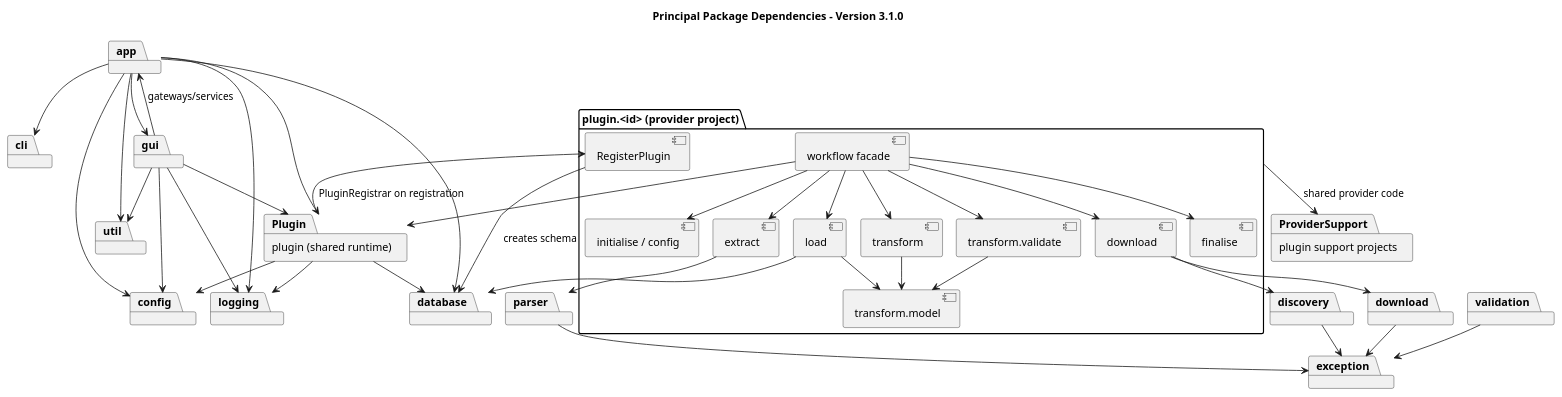
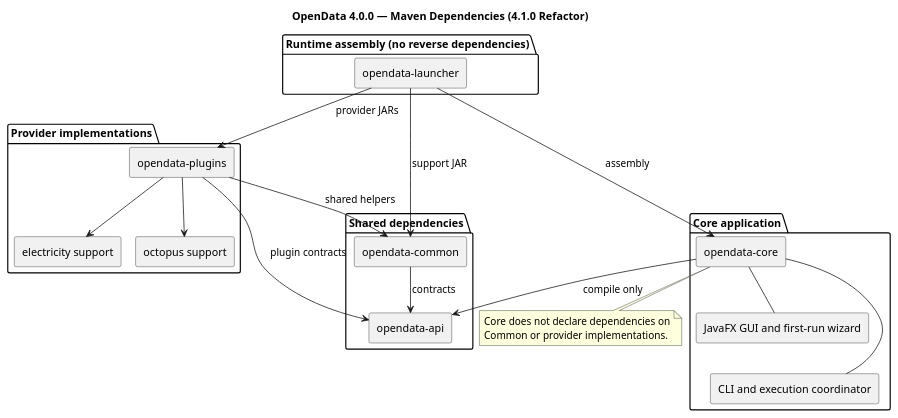
Before and after one commit to TerryCurranZellis/OpenData: the diagram in docs/diagrams/source/package-dependencies.puml, drawn with PlantUML. The commit also changed 1 other file, not shown here.

Commit message:
docs: refresh PlantUML architecture diagrams for 4.0 setup and 4.1 module boundaries

```diff
--- a/docs/diagrams/source/package-dependencies.puml
+++ b/docs/diagrams/source/package-dependencies.puml
@@ -1,72 +1,40 @@
 @startuml
 !pragma layout smetana
-title Principal Package Dependencies - Version 3.1.0
+title OpenData 4.0.0 — Maven Dependencies (4.1.0 Refactor)
+skinparam componentStyle rectangle
 top to bottom direction
 
-package app
-package cli
-package gui
-package config
-package "plugin (shared runtime)" as Plugin
-
-package "plugin.<id> (provider project)" as Provider {
-  [workflow facade] as Facade
-  [RegisterPlugin] as ProviderRegister
-  [initialise / config] as ProviderConfig
-  [download] as ProviderDownload
-  [extract] as ProviderExtract
-  [transform] as ProviderTransform
-  [transform.model] as ProviderModel
-  [transform.validate] as ProviderValidate
-  [load] as ProviderLoad
-  [finalise] as ProviderFinalise
+package "Runtime assembly (no reverse dependencies)" {
+    [opendata-launcher] as Launcher
 }
-
-package discovery
-package download
-package parser
-package validation
-package database
-package logging
-package exception
-package util
-package "plugin support projects" as ProviderSupport
-
-app --> cli
-app --> gui
-app --> config
-app --> Plugin
-app --> database
-app --> logging
-gui --> app : gateways/services
-gui --> config
-gui --> Plugin
-gui --> logging
-Plugin --> config
-Plugin --> database
-Plugin --> logging
-Facade --> Plugin
-Facade --> ProviderConfig
-Facade --> ProviderFinalise
-Plugin --> ProviderRegister : PluginRegistrar on registration
-ProviderRegister --> database : creates schema
-Facade --> ProviderDownload
-Facade --> ProviderExtract
-Facade --> ProviderTransform
-Facade --> ProviderValidate
-Facade --> ProviderLoad
-Provider --> ProviderSupport : shared provider code
-ProviderDownload --> download
-ProviderDownload --> discovery
-ProviderExtract --> parser
-ProviderTransform --> ProviderModel
-ProviderValidate --> ProviderModel
-ProviderLoad --> ProviderModel
-ProviderLoad --> database
-discovery --> exception
-download --> exception
-parser --> exception
-validation --> exception
-app --> util
-gui --> util
+package "Core application" {
+    [opendata-core] as Core
+    [JavaFX GUI and first-run wizard] as Gui
+    [CLI and execution coordinator] as Executor
+}
+package "Shared dependencies" {
+    [opendata-api] as Api
+    [opendata-common] as Common
+}
+package "Provider implementations" {
+    [opendata-plugins] as Plugins
+    [electricity support] as ElectricSupport
+    [octopus support] as OctopusSupport
+}
+Launcher --> Core : assembly
+Launcher --> Common : support JAR
+Launcher --> Plugins : provider JARs
+Core --> Api : compile only
+Common --> Api : contracts
+Plugins --> Api : plugin contracts
+Plugins --> Common : shared helpers
+Plugins --> ElectricSupport
+Plugins --> OctopusSupport
+Gui -[hidden]-> Executor
+Core -- Gui
+Core -- Executor
+note bottom of Core
+  Core does not declare dependencies on
+  Common or provider implementations.
+end note
 @enduml
```
